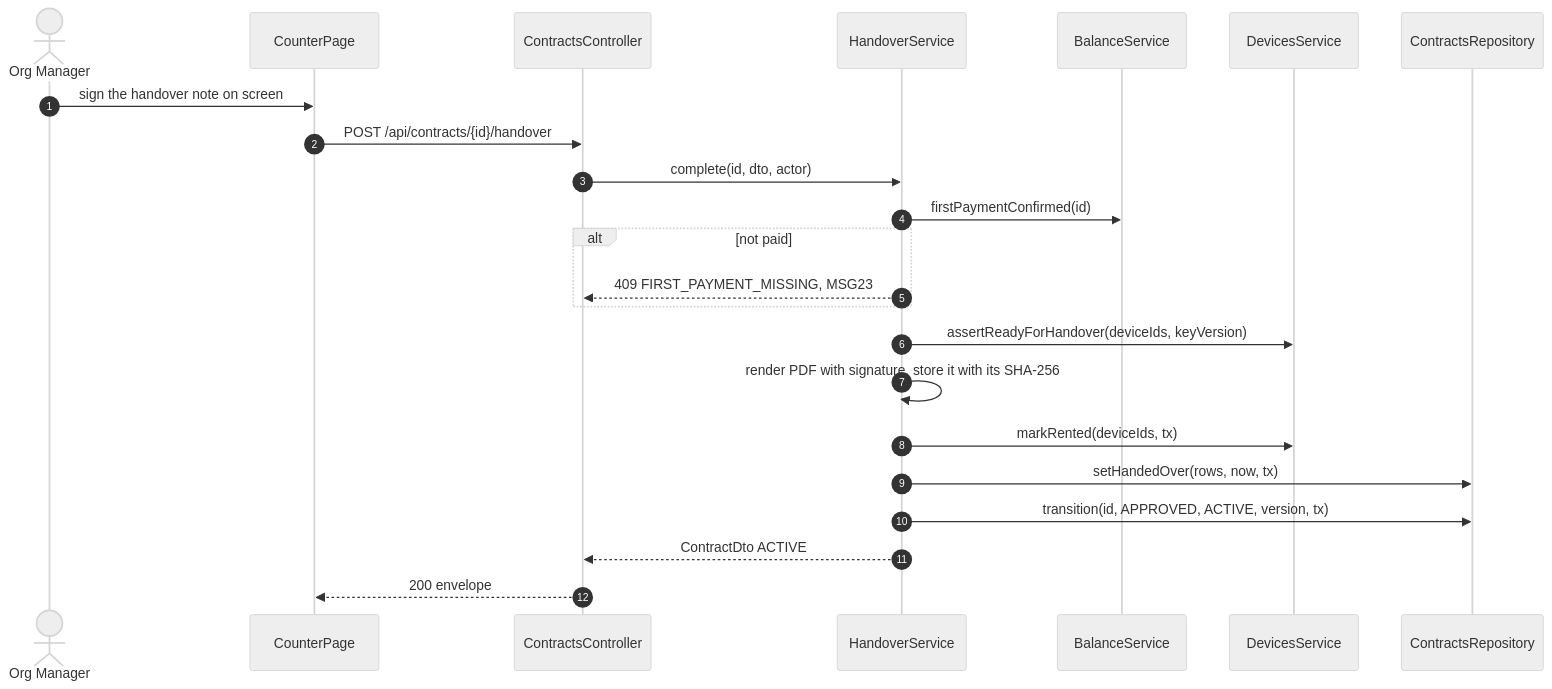
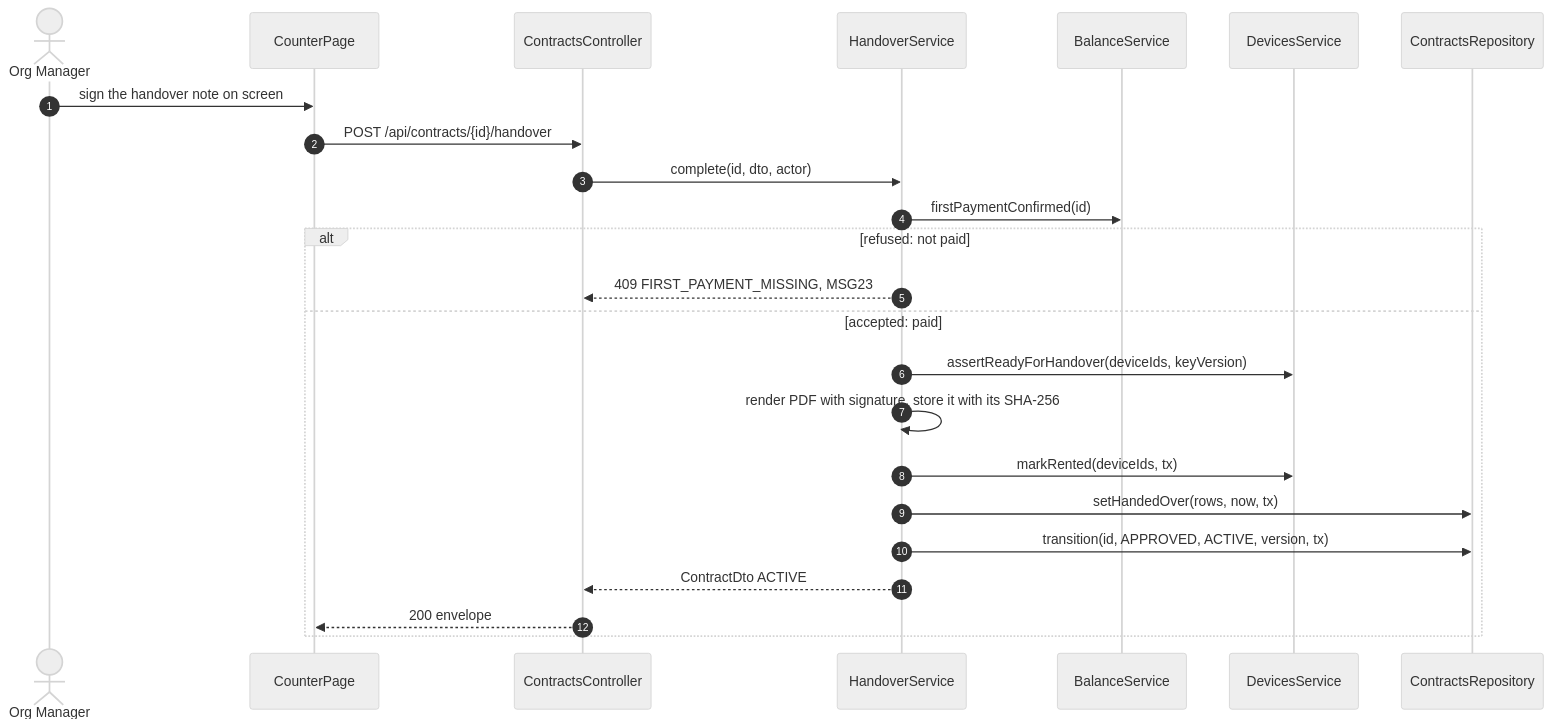
The eighth of 11 diagrams in specs/rentals/design.md (TrekLink-Team/treklink-web), drawn with Mermaid (neutral theme) before and after one commit. The commit also changed other lines of this file and 39 other files, not shown here.

First line of the commit message:
docs: design periodic maintenance (D-047) and apply the SDD sequence conventions

````diff
--- a/specs/rentals/design.md
+++ b/specs/rentals/design.md
@@ -366,25 +368,26 @@
 ```mermaid
 sequenceDiagram
     autonumber
     actor M as Org Manager
     participant P as CounterPage
     participant C as ContractsController
     participant H as HandoverService
     participant B as BalanceService
     participant D as DevicesService
     participant R as ContractsRepository
     M->>P: sign the handover note on screen
     P->>C: POST /api/contracts/{id}/handover
     C->>H: complete(id, dto, actor)
     H->>B: firstPaymentConfirmed(id)
-    alt not paid
+    alt refused: not paid
         H-->>C: 409 FIRST_PAYMENT_MISSING, MSG23
+    else accepted: paid
+        H->>D: assertReadyForHandover(deviceIds, keyVersion)
+        H->>H: render PDF with signature, store it with its SHA-256
+        H->>D: markRented(deviceIds, tx)
+        H->>R: setHandedOver(rows, now, tx)
+        H->>R: transition(id, APPROVED, ACTIVE, version, tx)
+        H-->>C: ContractDto ACTIVE
+        C-->>P: 200 envelope
     end
-    H->>D: assertReadyForHandover(deviceIds, keyVersion)
-    H->>H: render PDF with signature, store it with its SHA-256
-    H->>D: markRented(deviceIds, tx)
-    H->>R: setHandedOver(rows, now, tx)
-    H->>R: transition(id, APPROVED, ACTIVE, version, tx)
-    H-->>C: ContractDto ACTIVE
-    C-->>P: 200 envelope
 ```
````
